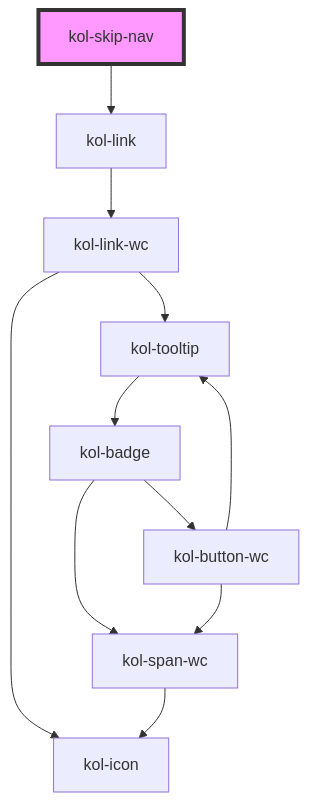
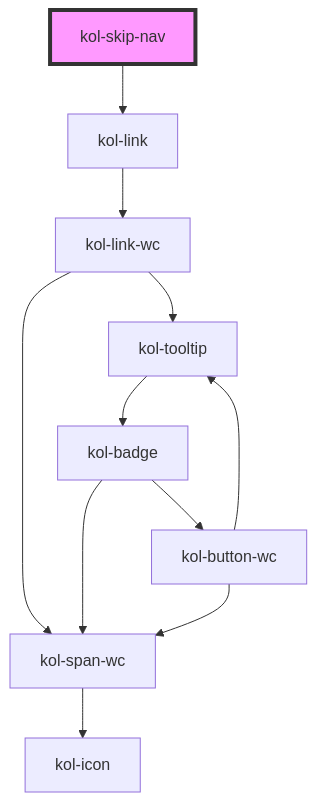
The diagram in packages/library/src/components/skip-nav/readme.md (public-ui/kolibri), drawn with Mermaid before and after one commit. The commit also changed 22 other files, not shown here.

````diff
--- a/packages/library/src/components/skip-nav/readme.md
+++ b/packages/library/src/components/skip-nav/readme.md
@@ -79,14 +79,14 @@
 ```mermaid
 graph TD;
   kol-skip-nav --> kol-link
   kol-link --> kol-link-wc
-  kol-link-wc --> kol-icon
+  kol-link-wc --> kol-span-wc
   kol-link-wc --> kol-tooltip
+  kol-span-wc --> kol-icon
   kol-tooltip --> kol-badge
   kol-badge --> kol-span-wc
   kol-badge --> kol-button-wc
-  kol-span-wc --> kol-icon
   kol-button-wc --> kol-span-wc
   kol-button-wc --> kol-tooltip
   style kol-skip-nav fill:#f9f,stroke:#333,stroke-width:4px
 ```
````
